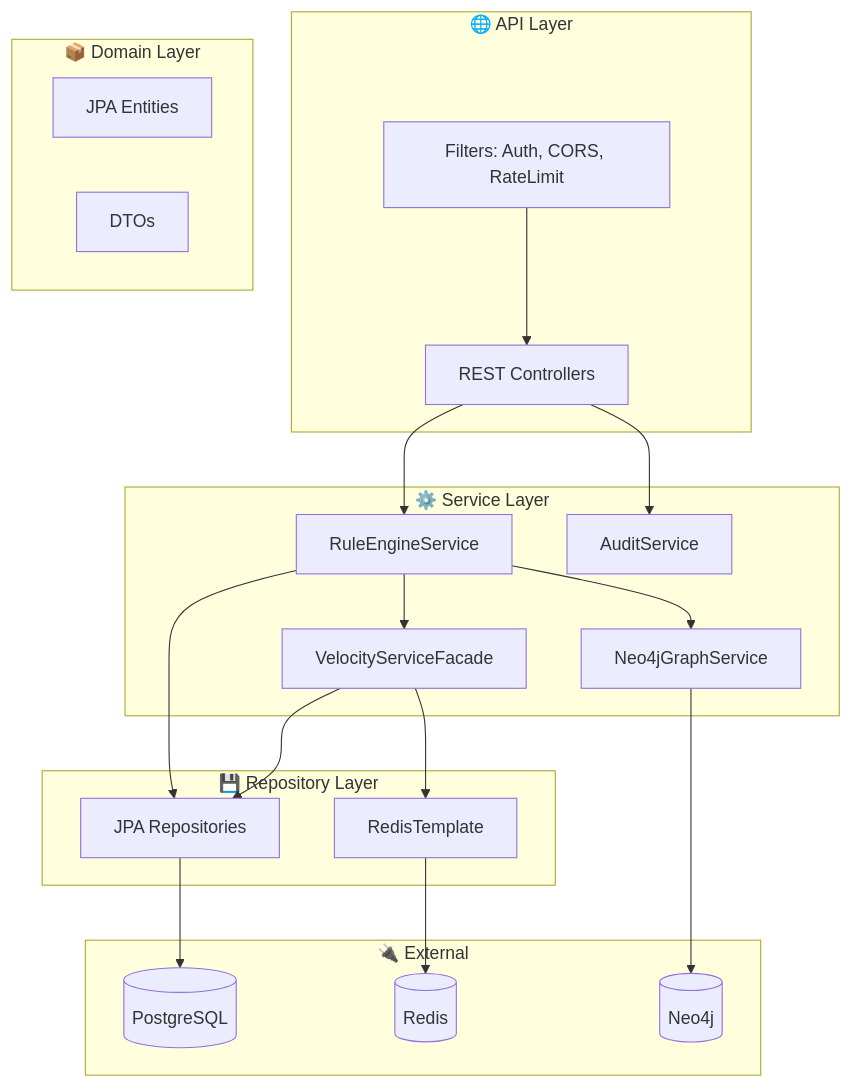
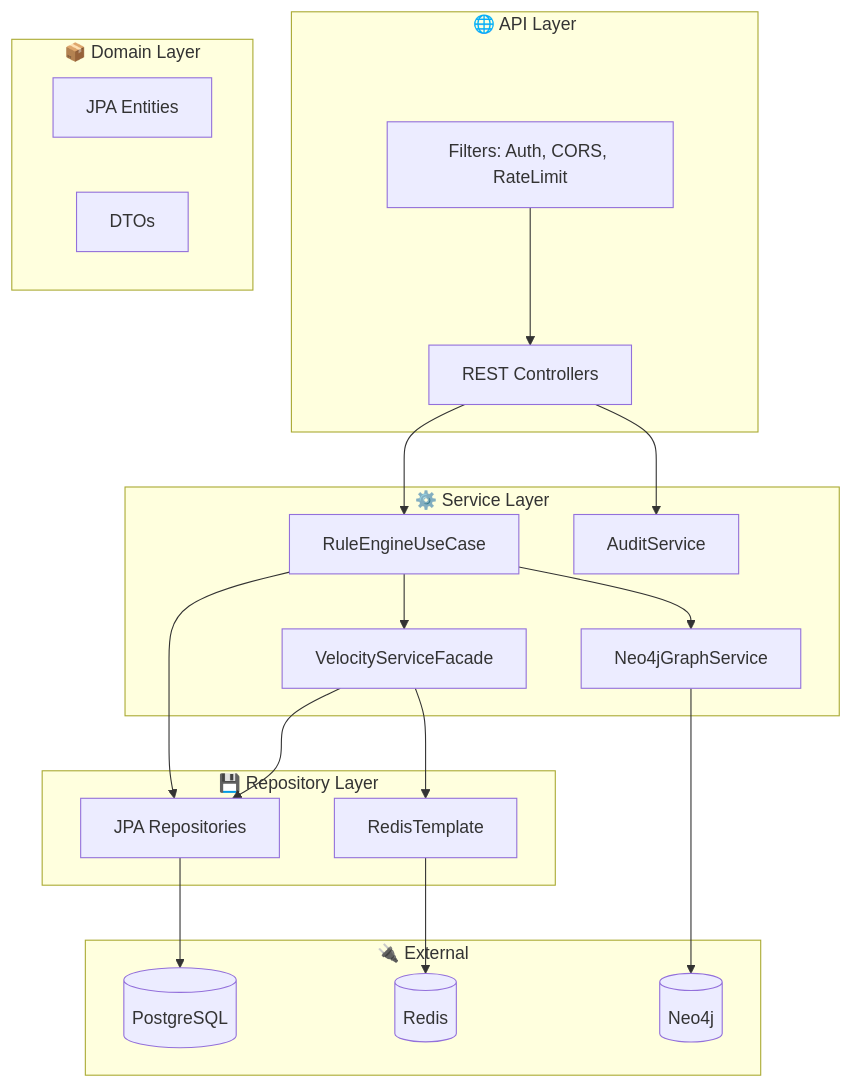
One commit to FELIPEACASTRO/RULEX changed diagram 17 of 44 in docs/DIAGRAMAS.md. Above: the diagram before and after it, drawn with Mermaid. The commit also changed other lines of this file, not shown here.

Commit message:
docs: update diagrams for use case

````diff
--- a/docs/DIAGRAMAS.md
+++ b/docs/DIAGRAMAS.md
@@ -2122,37 +2122,37 @@
 ```mermaid
 flowchart TB
     subgraph API["🌐 API Layer"]
         Controllers[REST Controllers]
         Filters[Filters: Auth, CORS, RateLimit]
     end
     subgraph Service["⚙️ Service Layer"]
-        RuleEngine[RuleEngineService]
+        RuleEngine[RuleEngineUseCase]
         VelocityFacade[VelocityServiceFacade]
         AuditService[AuditService]
         Neo4jService[Neo4jGraphService]
     end
     subgraph Repository["💾 Repository Layer"]
         JpaRepos[JPA Repositories]
         RedisTemplate[RedisTemplate]
     end
     subgraph Domain["📦 Domain Layer"]
         Entities[JPA Entities]
         DTOs[DTOs]
     end
     subgraph External["🔌 External"]
         Postgres[(PostgreSQL)]
         Redis[(Redis)]
         Neo4j[(Neo4j)]
     end
     Controllers --> RuleEngine
     Controllers --> AuditService
     Filters --> Controllers
     RuleEngine --> VelocityFacade
     RuleEngine --> Neo4jService
     RuleEngine --> JpaRepos
     VelocityFacade --> RedisTemplate
     VelocityFacade --> JpaRepos
     JpaRepos --> Postgres
     RedisTemplate --> Redis
     Neo4jService --> Neo4j
 ```
````
